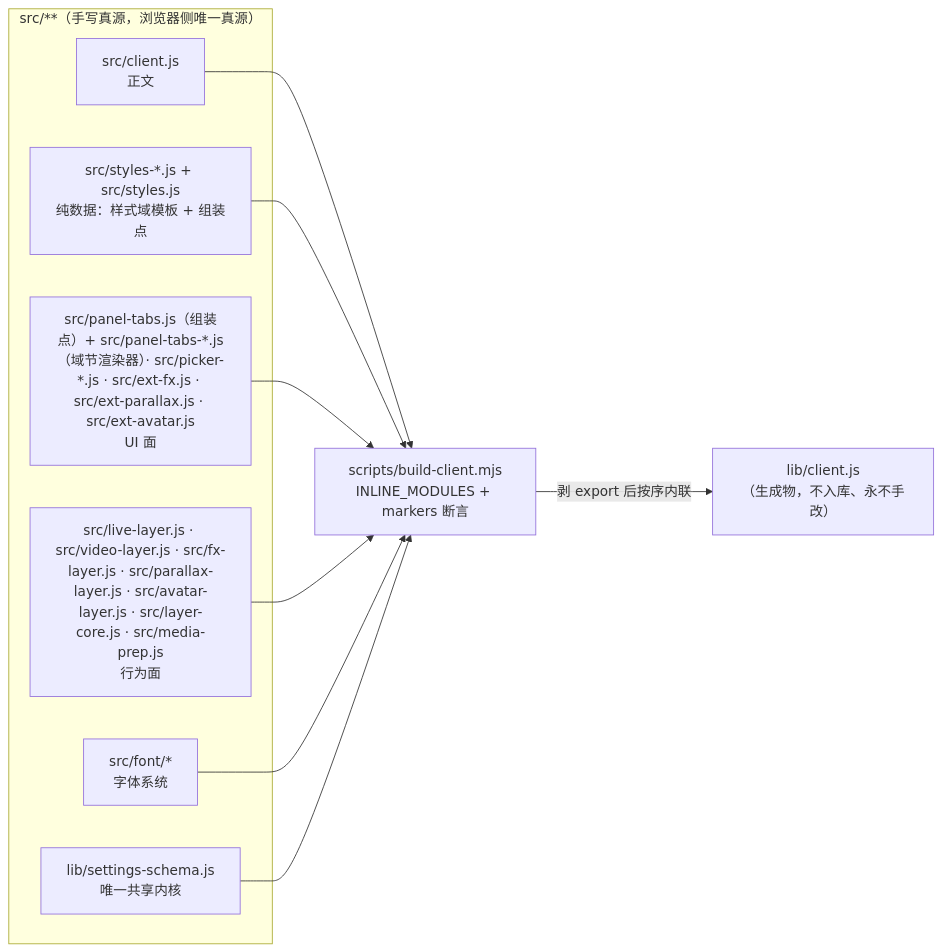
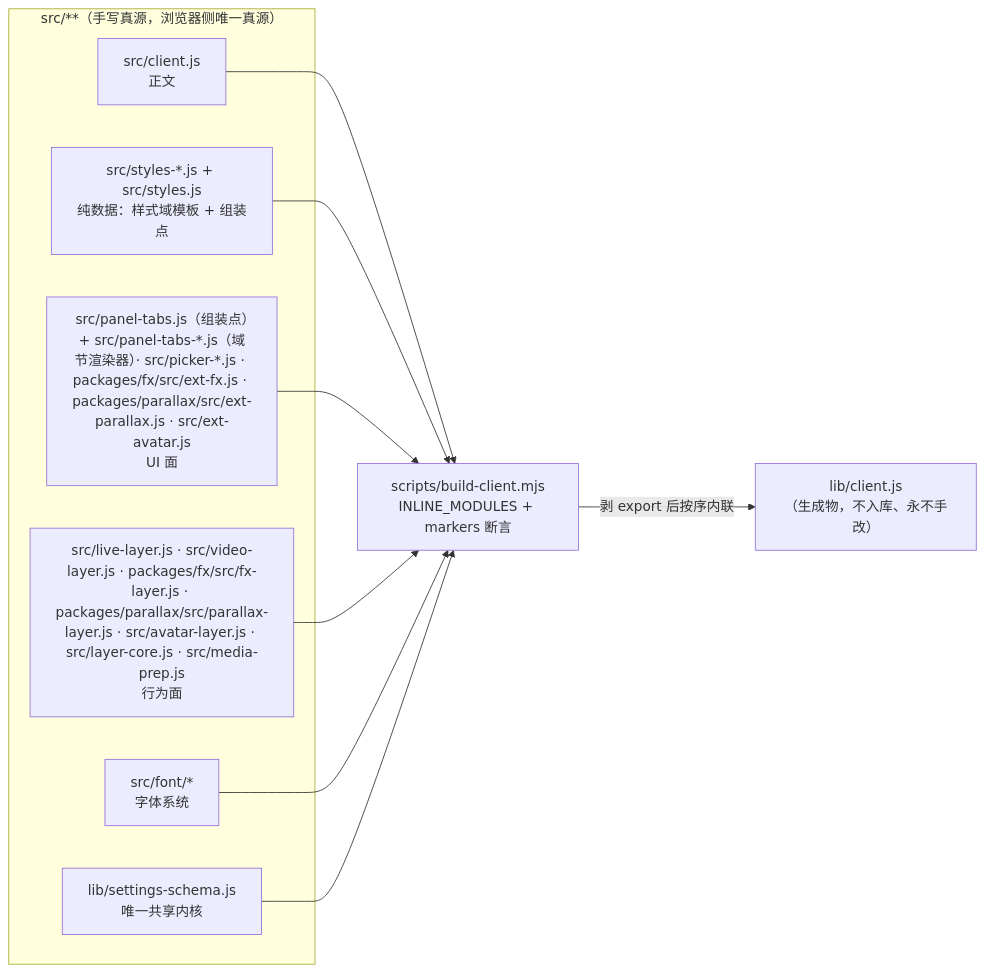
The fourth of 5 diagrams in docs/CODE-STRUCTURE.md (AuroraAeon/dsh-wallpaper-engine), drawn with Mermaid before and after one commit. The commit also changed 39 other files, not shown here.

````diff
--- a/docs/CODE-STRUCTURE.md
+++ b/docs/CODE-STRUCTURE.md
@@ -250,18 +250,18 @@
 ```mermaid
 graph LR
     subgraph SRC["src/**（手写真源，浏览器侧唯一真源）"]
         C["src/client.js<br/>正文"]
         A["src/styles-*.js + src/styles.js<br/>纯数据：样式域模板 + 组装点"]
-        B["src/panel-tabs.js（组装点）+ src/panel-tabs-*.js（域节渲染器）· src/picker-*.js · src/ext-fx.js · src/ext-parallax.js · src/ext-avatar.js<br/>UI 面"]
-        D["src/live-layer.js · src/video-layer.js · src/fx-layer.js · src/parallax-layer.js · src/avatar-layer.js · src/layer-core.js · src/media-prep.js<br/>行为面"]
+        B["src/panel-tabs.js（组装点）+ src/panel-tabs-*.js（域节渲染器）· src/picker-*.js · packages/fx/src/ext-fx.js · packages/parallax/src/ext-parallax.js · src/ext-avatar.js<br/>UI 面"]
+        D["src/live-layer.js · src/video-layer.js · packages/fx/src/fx-layer.js · packages/parallax/src/parallax-layer.js · src/avatar-layer.js · src/layer-core.js · src/media-prep.js<br/>行为面"]
         E["src/font/*<br/>字体系统"]
         F["lib/settings-schema.js<br/>唯一共享内核"]
     end
     C --> BUILD["scripts/build-client.mjs<br/>INLINE_MODULES + markers 断言"]
     A --> BUILD
     B --> BUILD
     D --> BUILD
     E --> BUILD
     F --> BUILD
     BUILD -->|剥 export 后按序内联| OUT["lib/client.js<br/>（生成物，不入库、永不手改）"]
 ```
````
